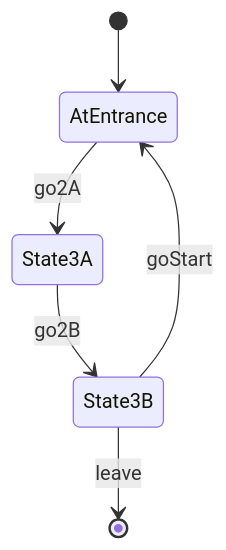
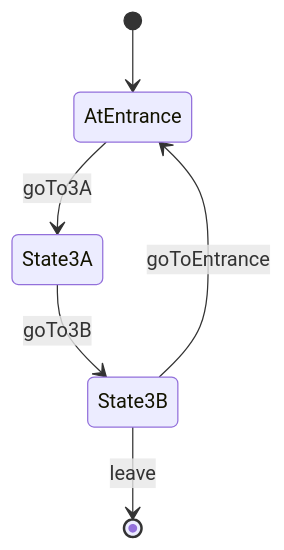
The diagram in docs/rooms/exampleRoom3Room.md (normal-devs/klicker-knight), drawn with Mermaid before and after one commit. The commit also changed other lines of this file and 1 other file, not shown here.

````diff
--- a/docs/rooms/exampleRoom3Room.md
+++ b/docs/rooms/exampleRoom3Room.md
@@ -28,11 +28,11 @@
 ```mermaid
 stateDiagram-v2
   [*] --> AtEntrance
 
-  AtEntrance --> State3A: go2A
+  AtEntrance --> State3A: goTo3A
 
-  State3A --> State3B: go2B
+  State3A --> State3B: goTo3B
 
-  State3B --> AtEntrance: goStart
+  State3B --> AtEntrance: goToEntrance
   State3B --> [*]: leave
 ```
````
